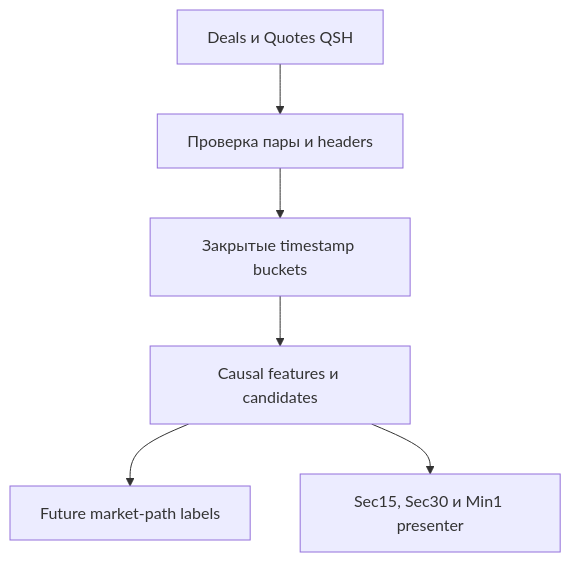
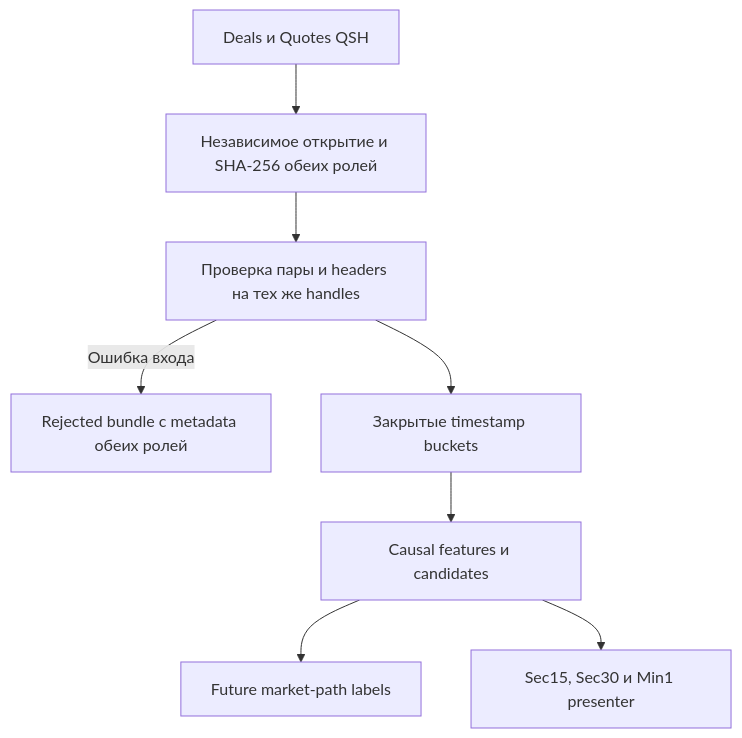
The first of 2 diagrams in project/Documentation/OrderFlow/RESEARCH_MVP_RUNBOOK.md (2Rukin/OsEngine), drawn with Mermaid before and after one commit. The commit also changed other lines of this file and 165 other files, not shown here.

First line of the commit message:
fix(order-flow): harden QSH replay and improve research workbench

````diff
--- a/project/Documentation/OrderFlow/RESEARCH_MVP_RUNBOOK.md
+++ b/project/Documentation/OrderFlow/RESEARCH_MVP_RUNBOOK.md
@@ -14,8 +14,10 @@
 ```mermaid
 flowchart TD
-    A["Deals и Quotes QSH"] --> B["Проверка пары и headers"]
+    A["Deals и Quotes QSH"] --> H["Независимое открытие и SHA-256 обеих ролей"]
+    H --> B["Проверка пары и headers на тех же handles"]
+    B -->|"Ошибка входа"| R["Rejected bundle с metadata обеих ролей"]
     B --> C["Закрытые timestamp buckets"]
     C --> D["Causal features и candidates"]
     D --> E["Future market-path labels"]
     D --> F["Sec15, Sec30 и Min1 presenter"]
 ```
````
